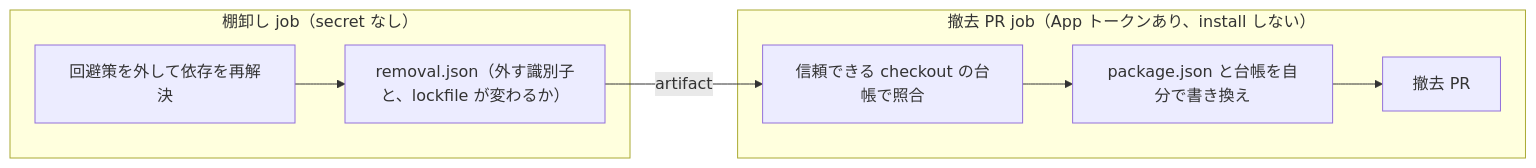
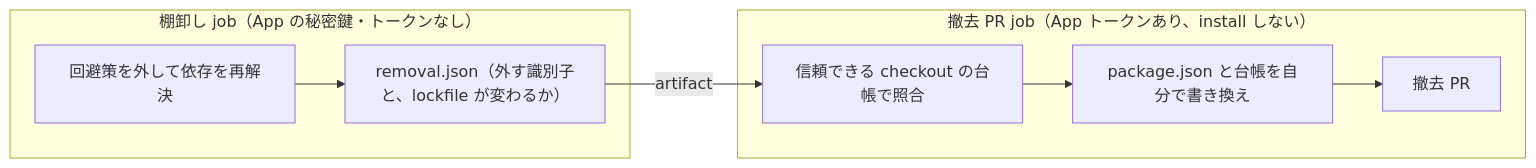
Before and after one commit to kmryst/zenn-articles: the first of 2 diagrams in articles/dependabot-ignore-overrides-removal-pr.md, drawn with Mermaid. The commit also changed other lines of this file, not shown here.

````diff
--- a/articles/dependabot-ignore-overrides-removal-pr.md
+++ b/articles/dependabot-ignore-overrides-removal-pr.md
@@ -95,10 +99,10 @@
 ```mermaid
 flowchart LR
-  subgraph probe["棚卸し job（secret なし）"]
+  subgraph probe["棚卸し job（App の秘密鍵・トークンなし）"]
     A[回避策を外して依存を再解決] --> B["removal.json（外す識別子と、lockfile が変わるか）"]
   end
   subgraph pr["撤去 PR job（App トークンあり、install しない）"]
     C[信頼できる checkout の台帳で照合] --> D[package.json と台帳を自分で書き換え] --> E[撤去 PR]
   end
   B -- artifact --> C
 ```
````
